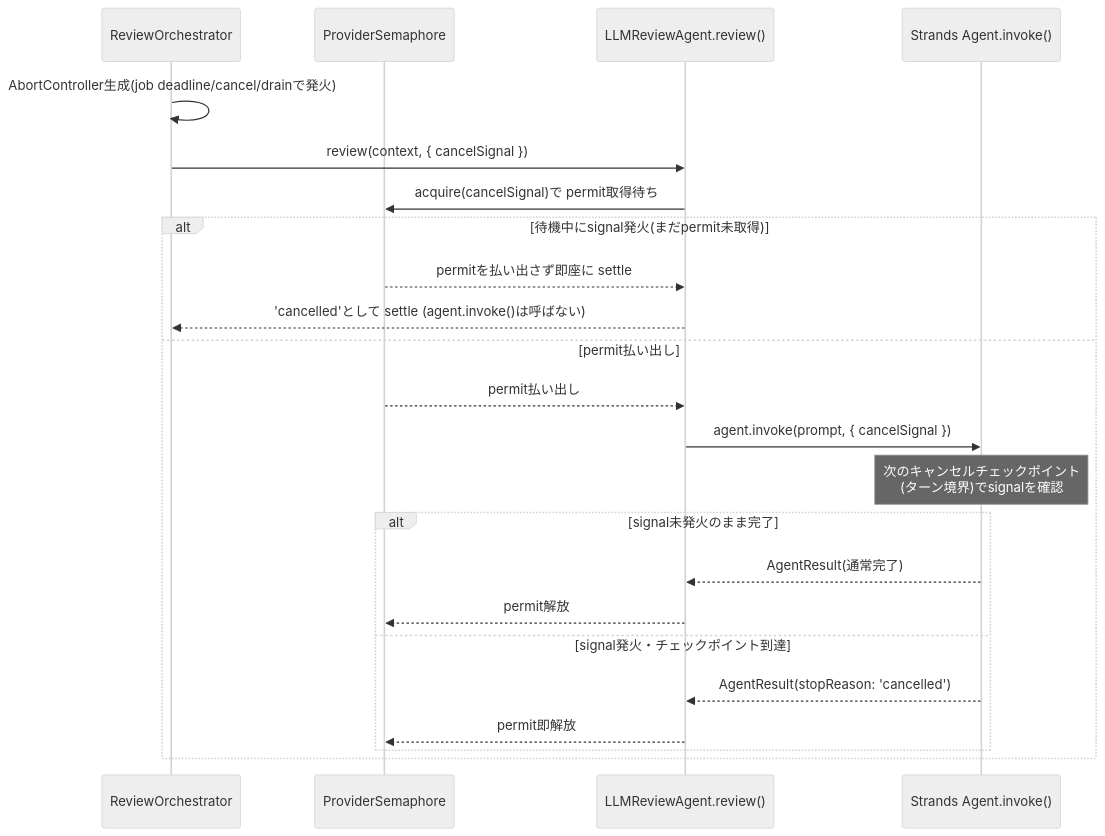
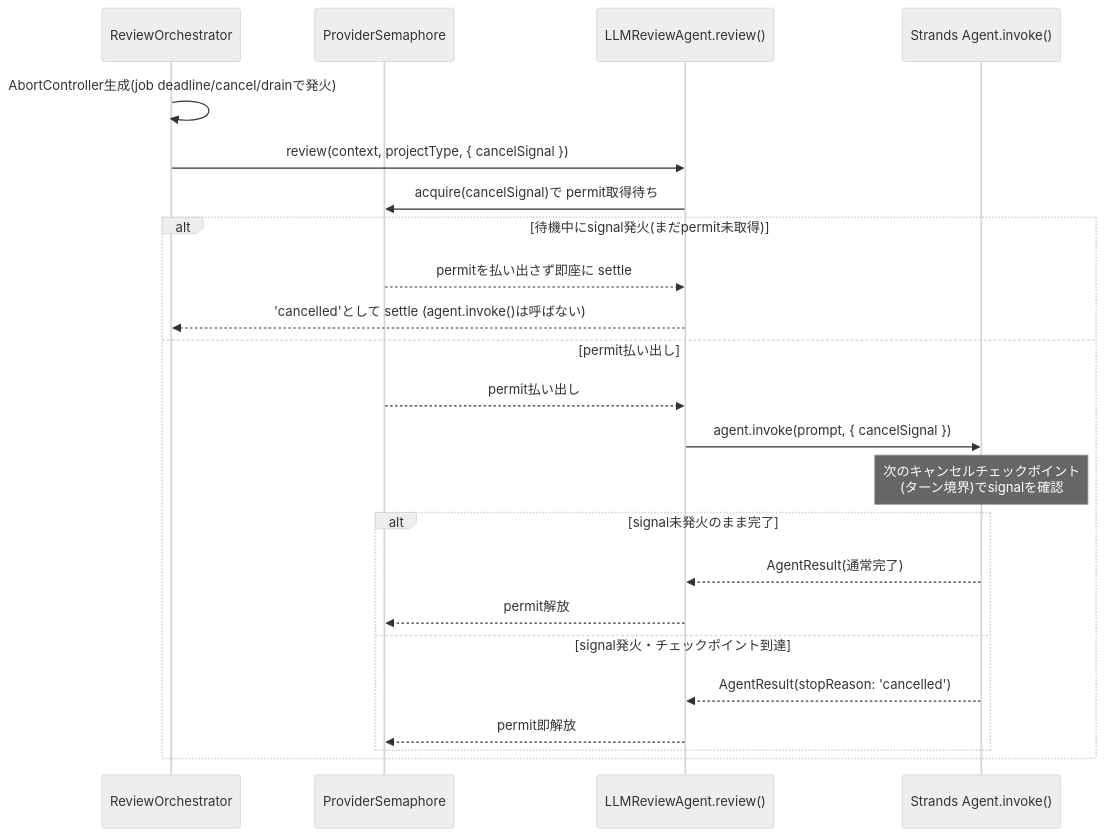
One commit to kuju63/code-review-agents changed the second of 3 diagrams in docs/adr/0010-localllm-concurrency-limit-and-cancellation.md. Above: the diagram before and after it, drawn with Mermaid (neutral theme). The commit also changed other lines of this file, not shown here.

First line of the commit message:
docs(adr): address second-round review findings on ADR-0010

````diff
--- a/docs/adr/0010-localllm-concurrency-limit-and-cancellation.md
+++ b/docs/adr/0010-localllm-concurrency-limit-and-cancellation.md
@@ -191,26 +209,26 @@
 ```mermaid
 sequenceDiagram
     participant RO as ReviewOrchestrator
     participant Sem as ProviderSemaphore
     participant Agent as LLMReviewAgent.review()
     participant SDK as Strands Agent.invoke()
 
     RO->>RO: AbortController生成(job deadline/cancel/drainで発火)
-    RO->>Agent: review(context, { cancelSignal })
+    RO->>Agent: review(context, projectType, { cancelSignal })
     Agent->>Sem: acquire(cancelSignal)で permit取得待ち
     alt 待機中にsignal発火(まだpermit未取得)
         Sem-->>Agent: permitを払い出さず即座に settle
         Agent-->>RO: 'cancelled'として settle (agent.invoke()は呼ばない)
     else permit払い出し
         Sem-->>Agent: permit払い出し
         Agent->>SDK: agent.invoke(prompt, { cancelSignal })
         Note over SDK: 次のキャンセルチェックポイント<br/>(ターン境界)でsignalを確認
         alt signal未発火のまま完了
             SDK-->>Agent: AgentResult(通常完了)
             Agent-->>Sem: permit解放
         else signal発火・チェックポイント到達
             SDK-->>Agent: AgentResult(stopReason: 'cancelled')
             Agent-->>Sem: permit即解放
         end
     end
 ```
````
